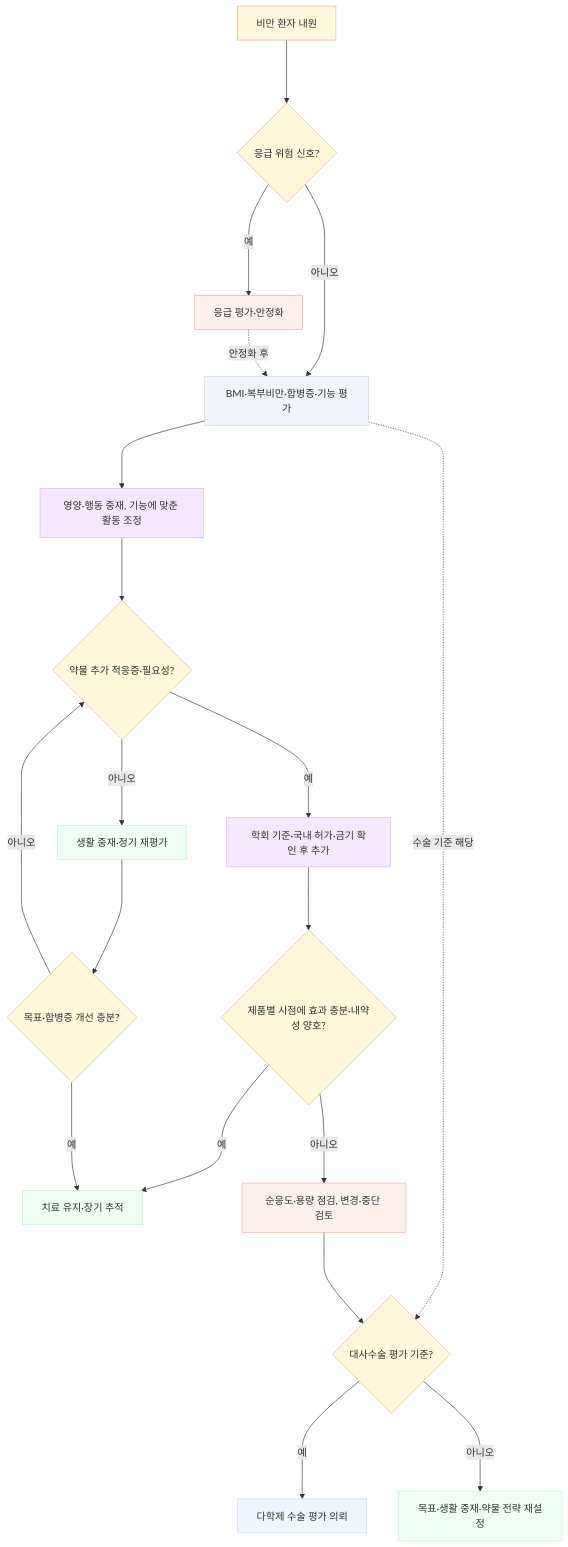
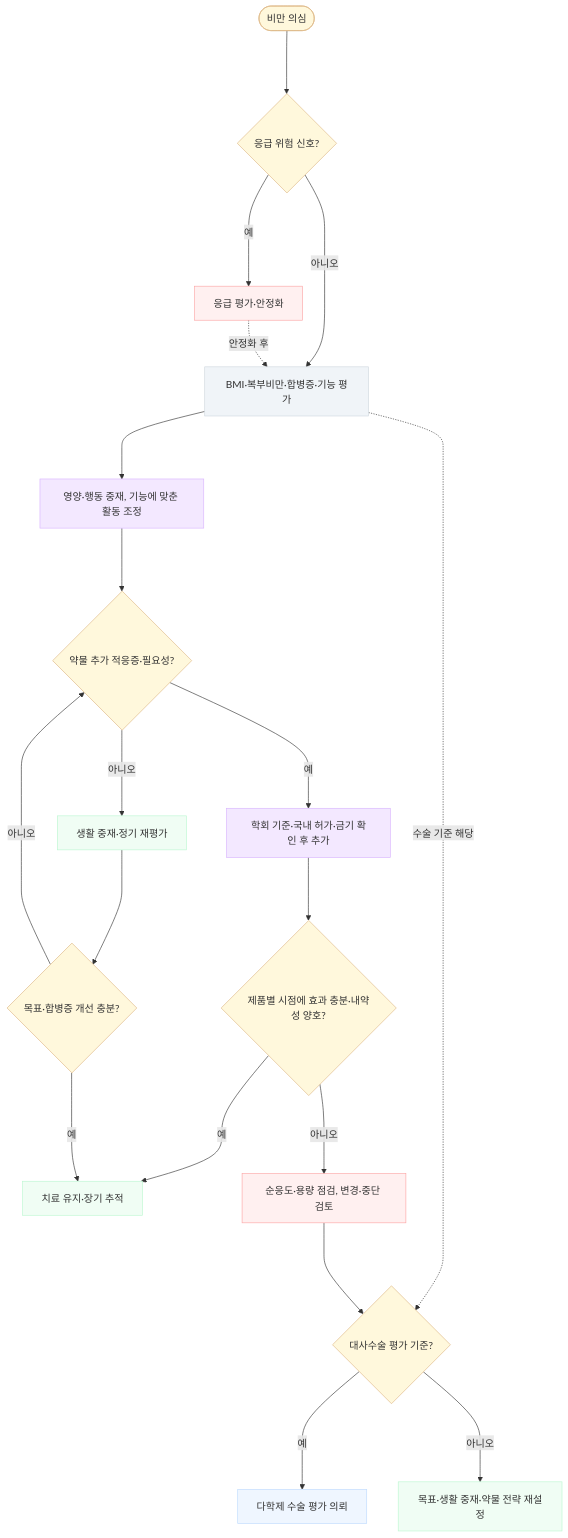
One commit to familyoh77/familyoh77 changed the diagram in 230_/191_-obesity.md. Above: the diagram before and after it, drawn with Mermaid. The commit also changed other lines of this file and 16 other files, not shown here.

````diff
--- a/230_/191_-obesity.md
+++ b/230_/191_-obesity.md
@@ -204,34 +209,34 @@
 ```mermaid
 flowchart TD
-    A["비만 환자 내원"] ---> R{"응급 위험 신호?"}
+    A(["비만 의심"]) ---> R{"응급 위험 신호?"}
     R -- 예 ---> Q["응급 평가·안정화"]
     R -- 아니오 ---> B["BMI·복부비만·합병증·기능 평가"]
     Q -. 안정화 후 .-> B
     B ---> C["영양·행동 중재, 기능에 맞춘 활동 조정"]
     C ---> F{"약물 추가 적응증·필요성?"}
     F -- 예 ---> G["학회 기준·국내 허가·금기 확인 후 추가"]
     F -- 아니오 ---> E["생활 중재·정기 재평가"]
     G ---> H{"제품별 시점에 효과 충분·내약성 양호?"}
     H -- 예 ---> I["치료 유지·장기 추적"]
     H -- 아니오 ---> J["순응도·용량 점검, 변경·중단 검토"]
     E ---> D{"목표·합병증 개선 충분?"}
     D -- 예 ---> I
     D -- 아니오 ---> F
     B -. 수술 기준 해당 .-> K{"대사수술 평가 기준?"}
     J ---> K
     K -- 예 ---> L["다학제 수술 평가 의뢰"]
     K -- 아니오 ---> M["목표·생활 중재·약물 전략 재설정"]
 
     classDef evalNode fill:#FFF8DC,stroke:#DEB887,stroke-width:1px
     classDef condNode fill:#F0F4F8,stroke:#D0D7DE,stroke-width:1px
     classDef txNode fill:#F3E8FF,stroke:#D8B4FE,stroke-width:1px
     classDef successNode fill:#F0FDF4,stroke:#BBF7D0,stroke-width:1px
     classDef failNode fill:#FFF0F0,stroke:#FCA5A5,stroke-width:1px
     classDef referNode fill:#EFF6FF,stroke:#BFDBFE,stroke-width:1px
     class A,R,D,F,H,K evalNode
     class B condNode
     class C,G txNode
     class E,I,M successNode
     class J,Q failNode
     class L referNode
 ```
````
